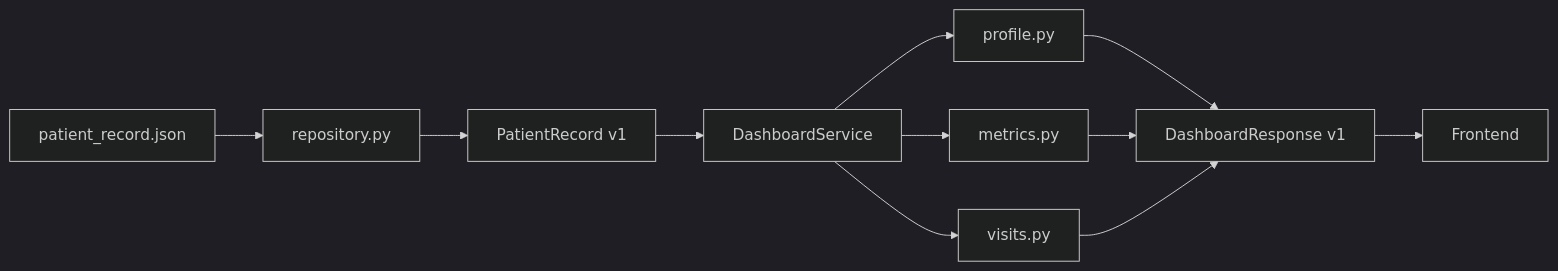
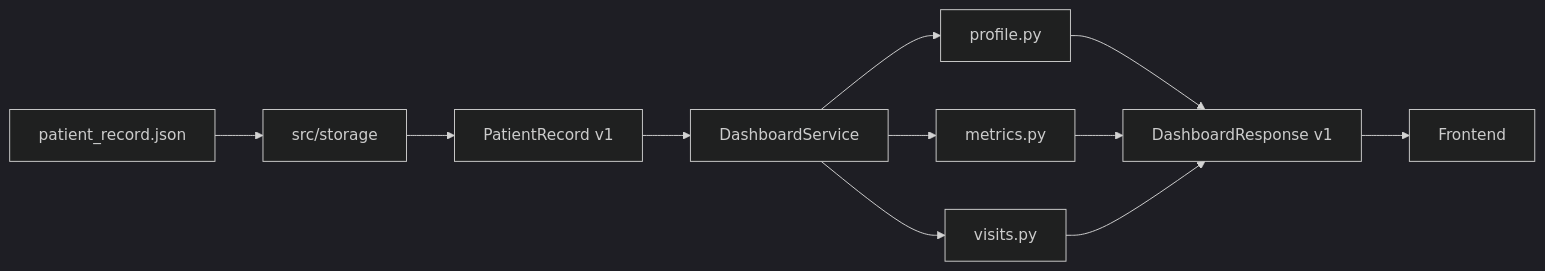
Before and after one commit to rsul07/MISDash: the diagram in docs/backend.md, drawn with Mermaid (dark theme). The commit also changed other lines of this file and 10 other files, not shown here.

Commit message:
refactor: centralize patient record storage

````diff
--- a/docs/backend.md
+++ b/docs/backend.md
@@ -85,13 +85,13 @@
 ```mermaid
 flowchart LR
-    JSON[patient_record.json] --> Repository[repository.py]
+    JSON[patient_record.json] --> Repository[src/storage]
     Repository --> Record[PatientRecord v1]
     Record --> Service[DashboardService]
     Service --> Profile[profile.py]
     Service --> Metrics[metrics.py]
     Service --> Visits[visits.py]
     Profile --> Response[DashboardResponse v1]
     Metrics --> Response
     Visits --> Response
     Response --> Frontend
 ```
````
